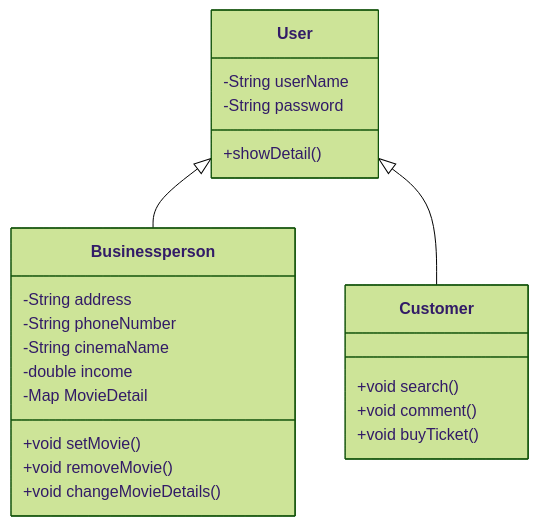
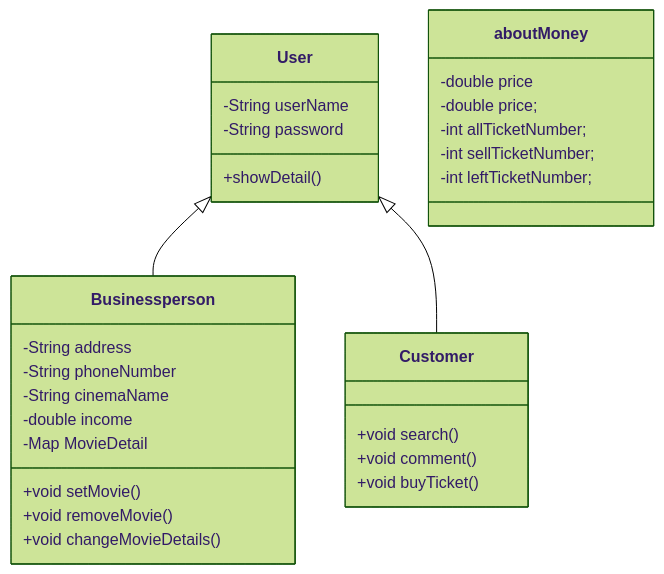
Before and after one commit to gushou129/note: the first of 2 diagrams in study/javaPrograming/Movies/class.md, drawn with Mermaid (forest theme). The commit also changed 2 other files, not shown here.

````diff
--- a/study/javaPrograming/Movies/class.md
+++ b/study/javaPrograming/Movies/class.md
@@ -3,23 +3,32 @@
 ```mermaid
 classDiagram
     User <|-- Businessperson
     User <|-- Customer
     User : -String userName
     User : -String password
     User : +showDetail()
     class Businessperson{
         -String address
         -String phoneNumber
         -String cinemaName
         -double income
         -Map MovieDetail
         +void setMovie()
         +void removeMovie()
         +void changeMovieDetails()
+
     }
+    class aboutMoney{
+        -double price
+        -double price;
+        -int allTicketNumber;
+        -int sellTicketNumber;
+        -int leftTicketNumber;
+    }
+    
     class Customer{
         +void search()
         +void comment()
         +void buyTicket()
     }
 ```
````
